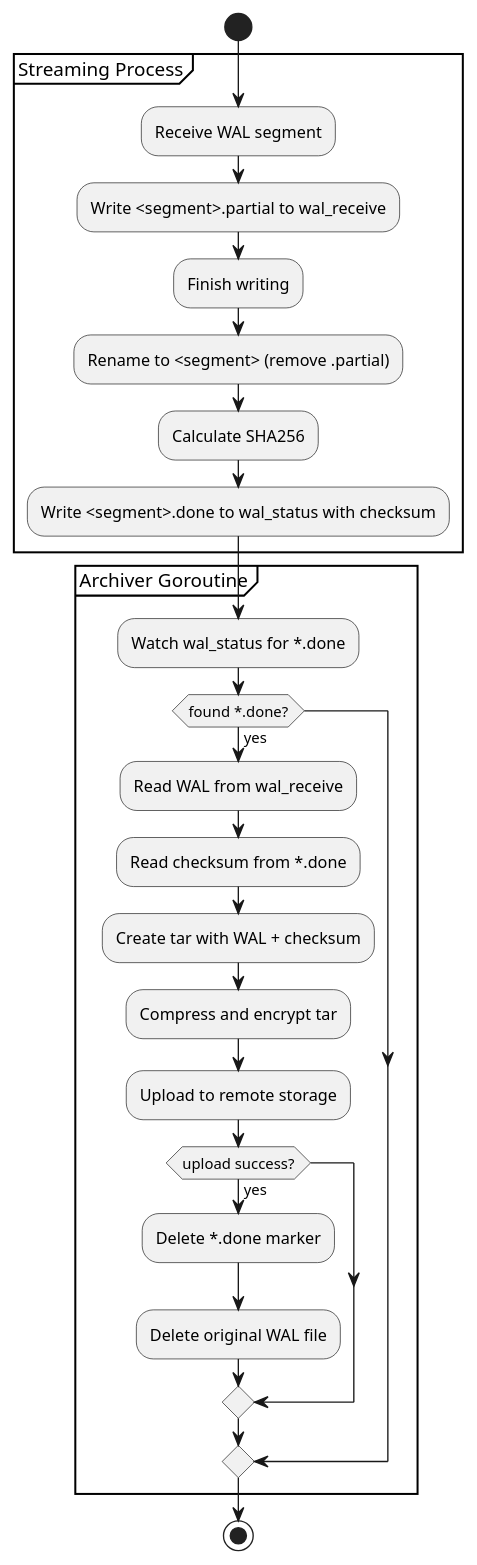
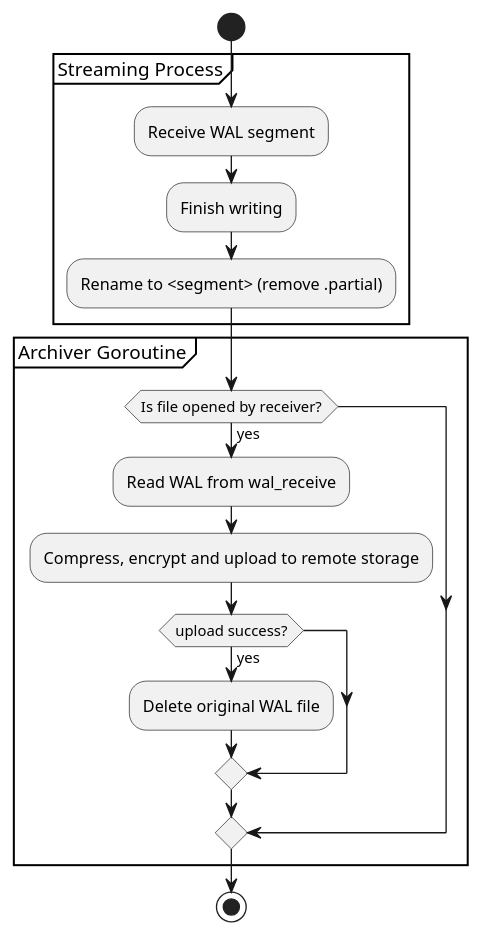
The diagram in assets/diagrams/loop.plantuml (hashmap-kz/pgrwl), drawn with PlantUML before and after one commit. The commit also changed other lines of this file and 10 other files, not shown here.

Commit message:
tli - Get rid of *.done marker files (too hard to manage properly)

```diff
--- a/assets/diagrams/loop.plantuml
+++ b/assets/diagrams/loop.plantuml
@@ -1,29 +1,21 @@
 @startuml
 start
 
 partition "Streaming Process" {
   :Receive WAL segment;
-  :Write <segment>.partial to wal_receive;
   :Finish writing;
   :Rename to <segment> (remove .partial);
-  :Calculate SHA256;
-  :Write <segment>.done to wal_status with checksum;
 }
 
 partition "Archiver Goroutine" {
-  :Watch wal_status for *.done;
-  if (found *.done?) then (yes)
+  if (Is file opened by receiver?) then (yes)
     :Read WAL from wal_receive;
-    :Read checksum from *.done;
-    :Create tar with WAL + checksum;
-    :Compress and encrypt tar;
-    :Upload to remote storage;
+    :Compress, encrypt and upload to remote storage;
     if (upload success?) then (yes)
-      :Delete *.done marker;
       :Delete original WAL file;
     endif
   endif
 }
 
 stop
 @enduml
```
